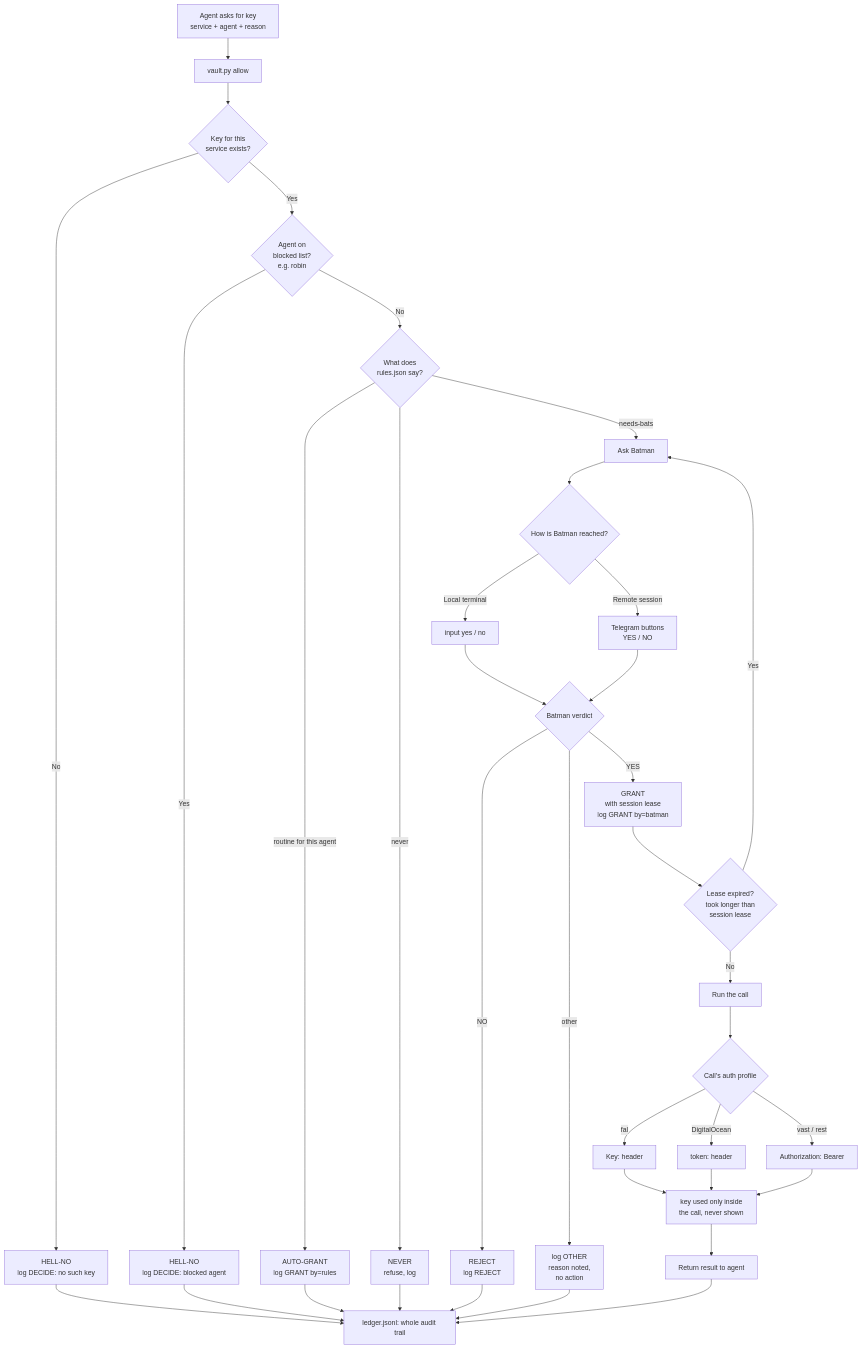
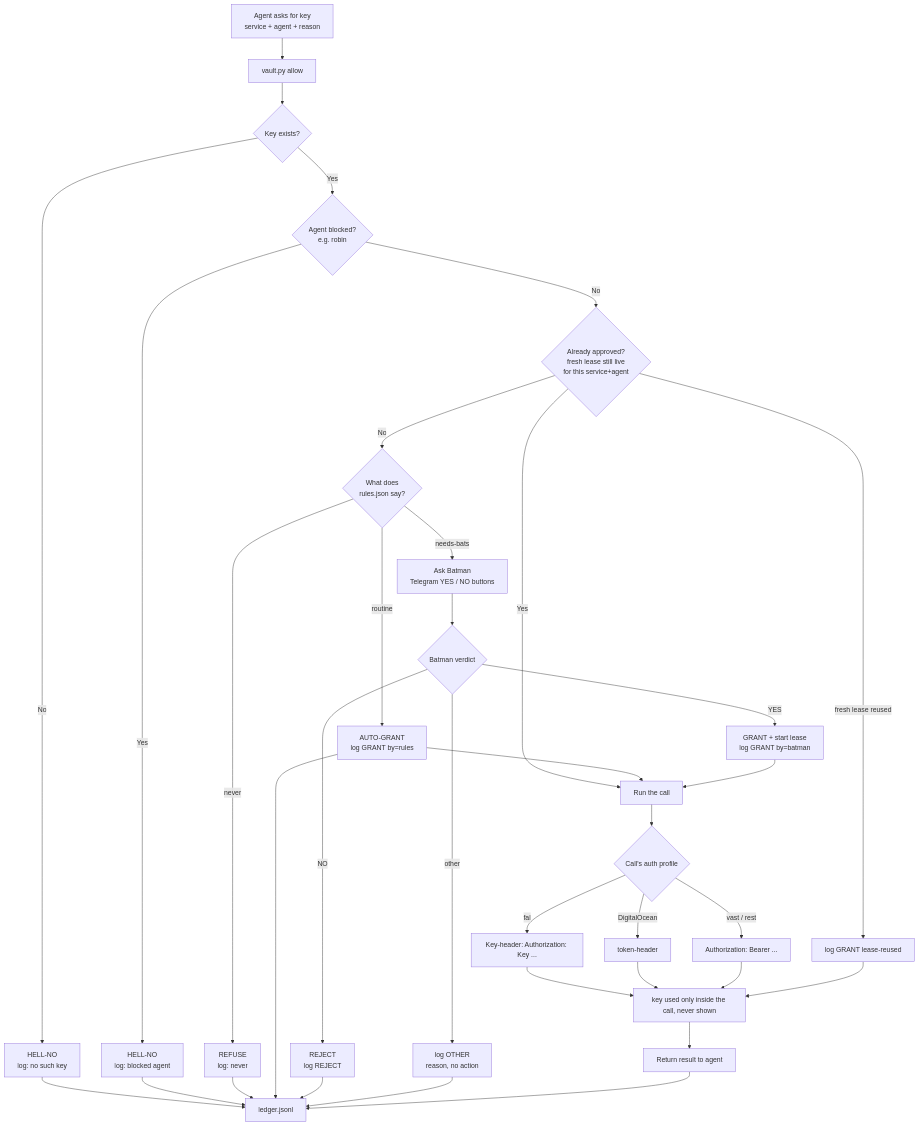
Before and after one commit to GuyTheBlue/private-api-vault: the diagram in FLOW.md, drawn with Mermaid. The commit also changed other lines of this file, not shown here.

Commit message:
FLOW.md: fix logic — lease check before ask, auto-grant hands off to run, all approvals via Telegram

````diff
--- a/FLOW.md
+++ b/FLOW.md
@@ -7,44 +7,44 @@
 ```mermaid
 flowchart TD
     A[Agent asks for key<br/>service + agent + reason] --> B[vault.py allow]
-    B --> C{Key for this<br/>service exists?}
-    C -- No --> D[HELL-NO<br/>log DECIDE: no such key]
-    C -- Yes --> E{Agent on<br/>blocked list?<br/>e.g. robin}
-    E -- Yes --> F[HELL-NO<br/>log DECIDE: blocked agent]
-    E -- No --> G{What does<br/>rules.json say?}
 
-    G -- routine for this agent --> H[AUTO-GRANT<br/>log GRANT by=rules]
-    G -- needs-bats --> I[Ask Batman]
-    G -- never --> J[NEVER<br/>refuse, log]
+    B --> C{Key exists?}
+    C -- No --> D[HELL-NO<br/>log: no such key]
+    C -- Yes --> E{Agent blocked?<br/>e.g. robin}
+    E -- Yes --> F[HELL-NO<br/>log: blocked agent]
+    E -- No --> H{Already approved?<br/>fresh lease still live<br/>for this service+agent}
+    H -- Yes --> RUN[Run the call]
+    H -- No --> G{What does<br/>rules.json say?}
 
-    I --> K{How is Batman reached?}
-    K -- Local terminal --> L[input yes / no]
-    K -- Remote session --> M[Telegram buttons<br/>YES / NO]
+    G -- never --> J[REFUSE<br/>log: never]
+    G -- routine --> K[AUTO-GRANT<br/>log GRANT by=rules]
+    K --> RUN
+    G -- needs-bats --> I[Ask Batman<br/>Telegram YES / NO buttons]
 
-    L --> N{Batman verdict}
-    M --> N{Batman verdict}
-    N -- YES --> O[GRANT<br/>with session lease<br/>log GRANT by=batman]
+    I --> N{Batman verdict}
+    N -- YES --> L[GRANT + start lease<br/>log GRANT by=batman]
     N -- NO --> P[REJECT<br/>log REJECT]
-    N -- other --> Q[log OTHER<br/>reason noted,<br/>no action]
+    N -- other --> Q[log OTHER<br/>reason, no action]
 
-    O --> R{Lease expired?<br/>took longer than<br/>session lease}
-    R -- No --> S[Run the call]
-    R -- Yes --> I
+    L --> RUN
 
-    S --> T{Call's auth profile}
-    T -- fal --> U[Key: <key> header]
-    T -- DigitalOcean --> V[token: <key> header]
-    T -- vast / rest --> W[Authorization: Bearer <key>]
+    RUN --> T{Call's auth profile}
+    T -- fal --> U[Key-header: Authorization: Key ...]
+    T -- DigitalOcean --> V[token-header]
+    T -- vast / rest --> W[Authorization: Bearer ...]
 
-    U --> X[key used only inside<br/>the call, never shown]
-    V --> X
-    W --> X
-    X --> Y[Return result to agent]
-    D --> Z[ledger.jsonl: whole audit trail]
+    U --> XS[key used only inside the call, never shown]
+    V --> XS
+    W --> XS
+    XS --> Y[Return result to agent]
+
+    D --> Z[ledger.jsonl]
     F --> Z
-    H --> Z
     J --> Z
+    K --> Z
     P --> Z
     Q --> Z
+    H -- fresh lease reused --> R[log GRANT lease-reused]
+    R --> XS
     Y --> Z
 ```
````
